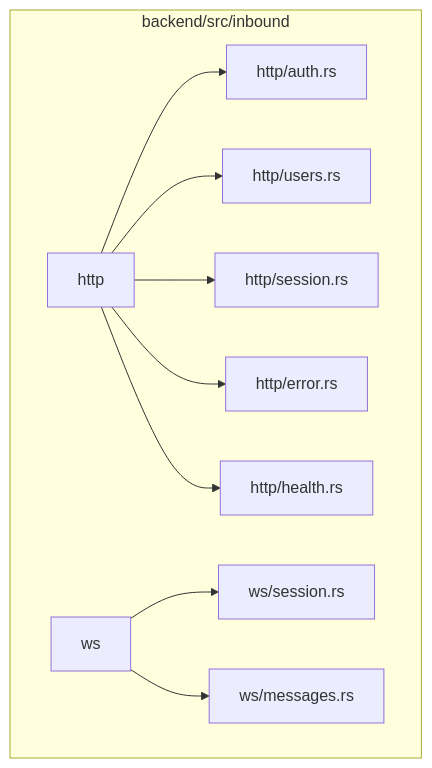
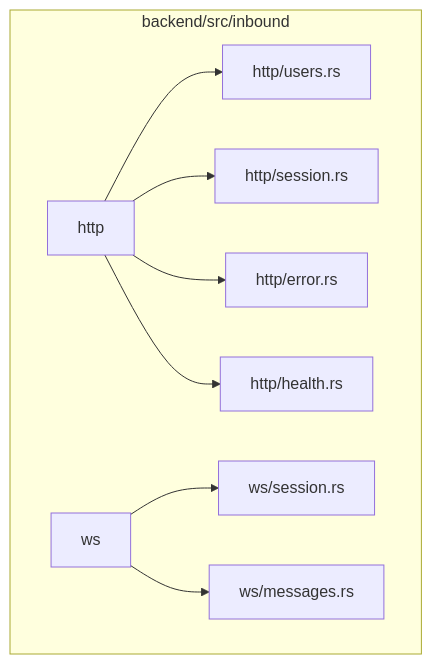
One commit to leynos/wildside changed the second of 6 diagrams in docs/wildside-backend-architecture.md. Above: the diagram before and after it, drawn with Mermaid. The commit also changed other lines of this file and 23 other files, not shown here.

````diff
--- a/docs/wildside-backend-architecture.md
+++ b/docs/wildside-backend-architecture.md
@@ -145,24 +145,22 @@
 ```mermaid
 flowchart TB
     subgraph Inbound["backend/src/inbound"]
         Http["http"]
-        HttpAuth["http/auth.rs"]
         HttpUsers["http/users.rs"]
         HttpSession["http/session.rs"]
         HttpError["http/error.rs"]
         HttpHealth["http/health.rs"]
 
         Ws["ws"]
         WsSession["ws/session.rs"]
         WsMessages["ws/messages.rs"]
     end
 
-    Http --> HttpAuth
     Http --> HttpUsers
     Http --> HttpSession
     Http --> HttpError
     Http --> HttpHealth
 
     Ws --> WsSession
     Ws --> WsMessages
 ```
````
